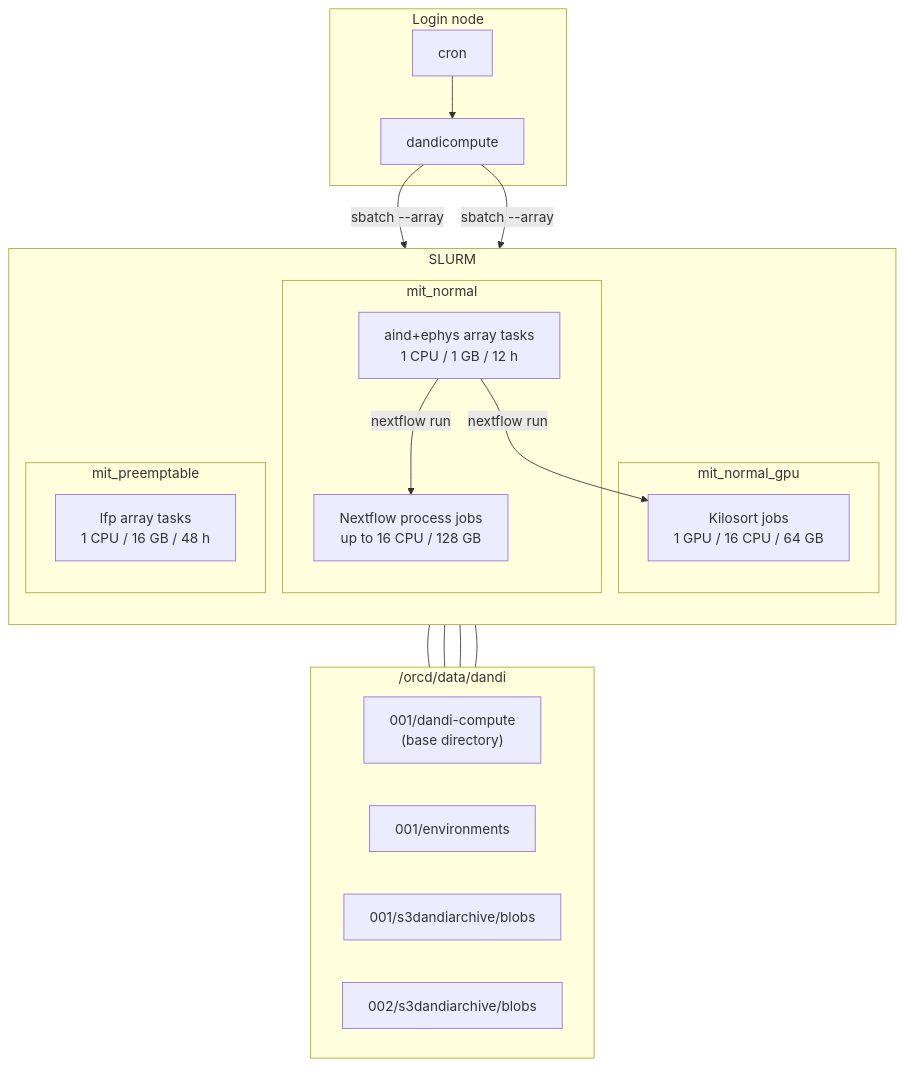
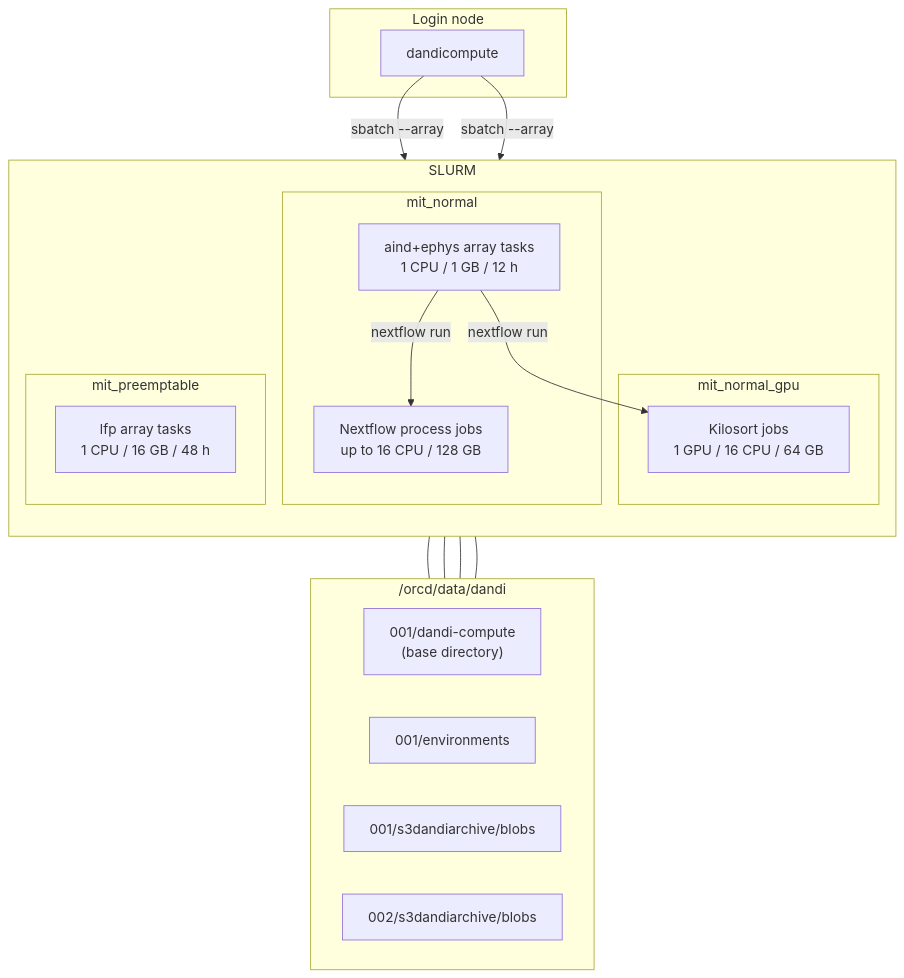
One commit to dandi-compute/dandi-compute-core changed the diagram in docs/infrastructure.md. Above: the diagram before and after it, drawn with Mermaid. The commit also changed 3 other files, not shown here.

First line of the commit message:
Removed the cron schedule and CLI summary from the docs

````diff
--- a/docs/infrastructure.md
+++ b/docs/infrastructure.md
@@ -7,34 +7,32 @@
 ```mermaid
 flowchart TB
     subgraph login["Login node"]
-        CRON["cron"]
         CLI["dandicompute"]
     end
 
     subgraph slurm["SLURM"]
         direction TB
         subgraph normal["mit_normal"]
             AARR["aind+ephys array tasks<br/>1 CPU / 1 GB / 12 h"]
             NF["Nextflow process jobs<br/>up to 16 CPU / 128 GB"]
         end
         subgraph gpu["mit_normal_gpu"]
             KS["Kilosort jobs<br/>1 GPU / 16 CPU / 64 GB"]
         end
         subgraph pre["mit_preemptable"]
             LARR["lfp array tasks<br/>1 CPU / 16 GB / 48 h"]
         end
     end
 
     subgraph storage["/orcd/data/dandi"]
         direction LR
         BASE["001/dandi-compute<br/>(base directory)"]
         ENVS["001/environments"]
         BLOB1["001/s3dandiarchive/blobs"]
         BLOB2["002/s3dandiarchive/blobs"]
     end
 
-    CRON --> CLI
     CLI -- "sbatch --array" --> AARR & LARR
     AARR -- "nextflow run" --> NF & KS
     AARR & LARR & NF & KS --- storage
 ```
````
